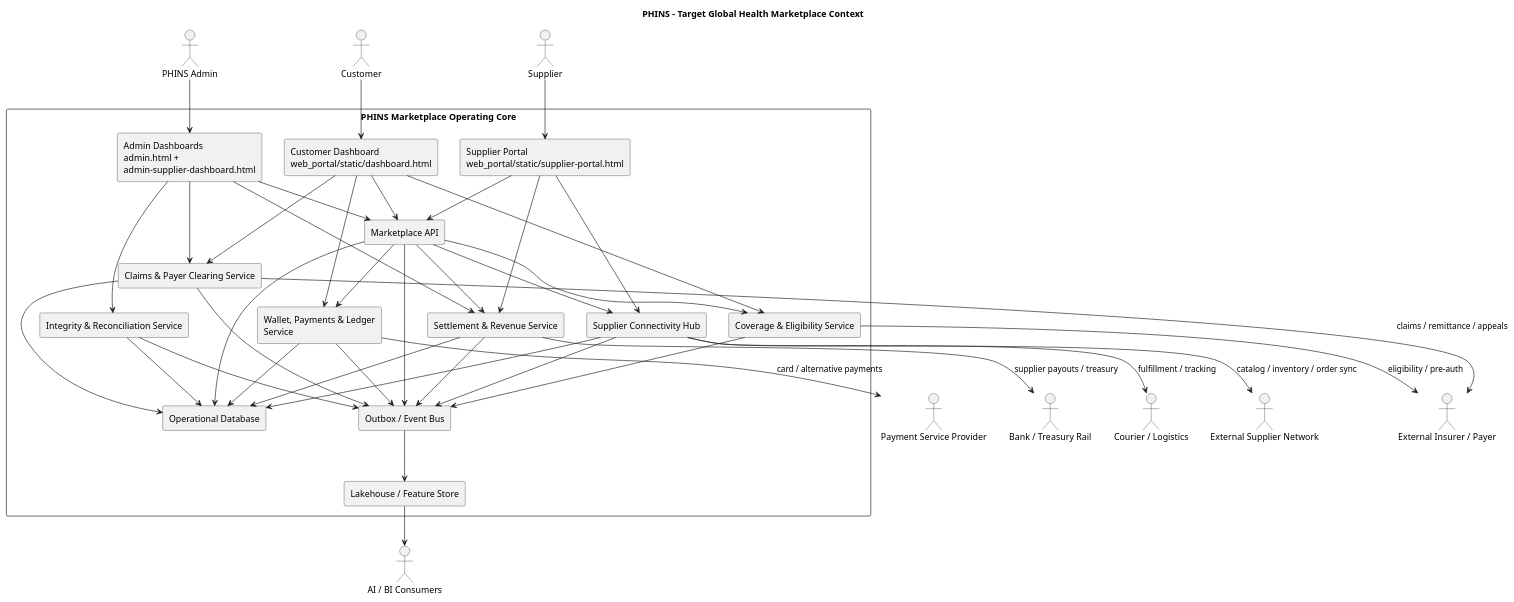
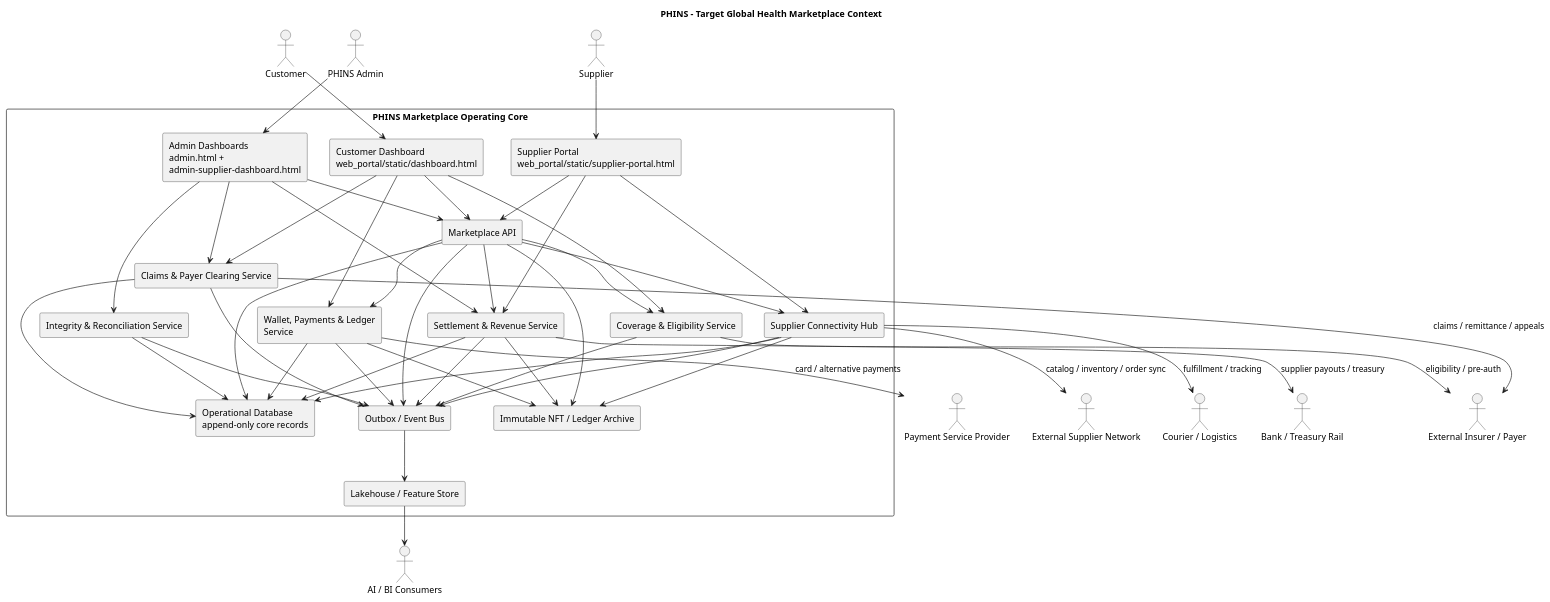
Before and after one commit to ashuryasaf/phins: the first of 5 diagrams in docs/uml/health_marketplace_target.puml, drawn with PlantUML. The commit also changed other lines of this file and 3 other files, not shown here.

Commit message:
Persist supplier marketplace graph and integrity state

```diff
--- a/docs/uml/health_marketplace_target.puml
+++ b/docs/uml/health_marketplace_target.puml
@@ -1,82 +1,87 @@
 @startuml phins_health_marketplace_context
 skinparam monochrome false
 skinparam shadowing false
 skinparam componentStyle rectangle
 skinparam wrapWidth 220
 
 title PHINS - Target Global Health Marketplace Context
 
 actor Customer
 actor "PHINS Admin" as Admin
 actor Supplier
 actor "External Supplier Network" as SupplierNetwork
 actor "External Insurer / Payer" as Payer
 actor "Payment Service Provider" as PSP
 actor "Bank / Treasury Rail" as Bank
 actor "Courier / Logistics" as Courier
 actor "AI / BI Consumers" as Analytics
 
 rectangle "PHINS Marketplace Operating Core" {
   [Customer Dashboard\nweb_portal/static/dashboard.html] as CustomerUI
   [Supplier Portal\nweb_portal/static/supplier-portal.html] as SupplierUI
   [Admin Dashboards\nadmin.html + admin-supplier-dashboard.html] as AdminUI
 
   [Marketplace API] as MarketplaceAPI
   [Coverage & Eligibility Service] as Eligibility
   [Wallet, Payments & Ledger Service] as Wallet
   [Claims & Payer Clearing Service] as Claims
   [Supplier Connectivity Hub] as SupplierHub
   [Settlement & Revenue Service] as Settlement
   [Integrity & Reconciliation Service] as Integrity
   [Outbox / Event Bus] as Bus
-  [Operational Database] as OLTP
+  [Operational Database\nappend-only core records] as OLTP
+  [Immutable NFT / Ledger Archive] as LedgerArchive
   [Lakehouse / Feature Store] as Lake
 }
 
 Customer --> CustomerUI
 Supplier --> SupplierUI
 Admin --> AdminUI
 
 CustomerUI --> MarketplaceAPI
 CustomerUI --> Eligibility
 CustomerUI --> Wallet
 CustomerUI --> Claims
 
 SupplierUI --> MarketplaceAPI
 SupplierUI --> SupplierHub
 SupplierUI --> Settlement
 
 AdminUI --> MarketplaceAPI
 AdminUI --> Settlement
 AdminUI --> Integrity
 AdminUI --> Claims
 
 MarketplaceAPI --> Eligibility
 MarketplaceAPI --> Wallet
 MarketplaceAPI --> SupplierHub
 MarketplaceAPI --> Settlement
 MarketplaceAPI --> OLTP
+MarketplaceAPI --> LedgerArchive
 
 Eligibility --> Payer : eligibility / pre-auth
 Claims --> Payer : claims / remittance / appeals
 Wallet --> PSP : card / alternative payments
 Settlement --> Bank : supplier payouts / treasury
 SupplierHub --> SupplierNetwork : catalog / inventory / order sync
 SupplierHub --> Courier : fulfillment / tracking
 
 MarketplaceAPI --> Bus
 Eligibility --> Bus
 Wallet --> Bus
 Claims --> Bus
 SupplierHub --> Bus
 Settlement --> Bus
 Integrity --> Bus
 
 Bus --> Lake
 Lake --> Analytics
 Integrity --> OLTP
 Settlement --> OLTP
 Claims --> OLTP
 Wallet --> OLTP
 SupplierHub --> OLTP
+Wallet --> LedgerArchive
+Settlement --> LedgerArchive
+SupplierHub --> LedgerArchive
 @enduml
```
